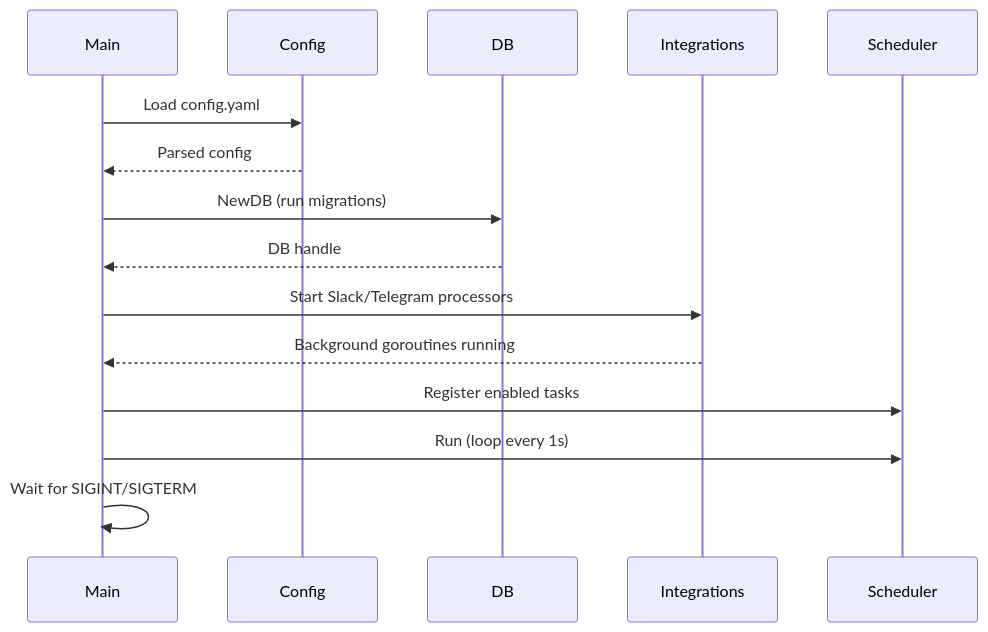
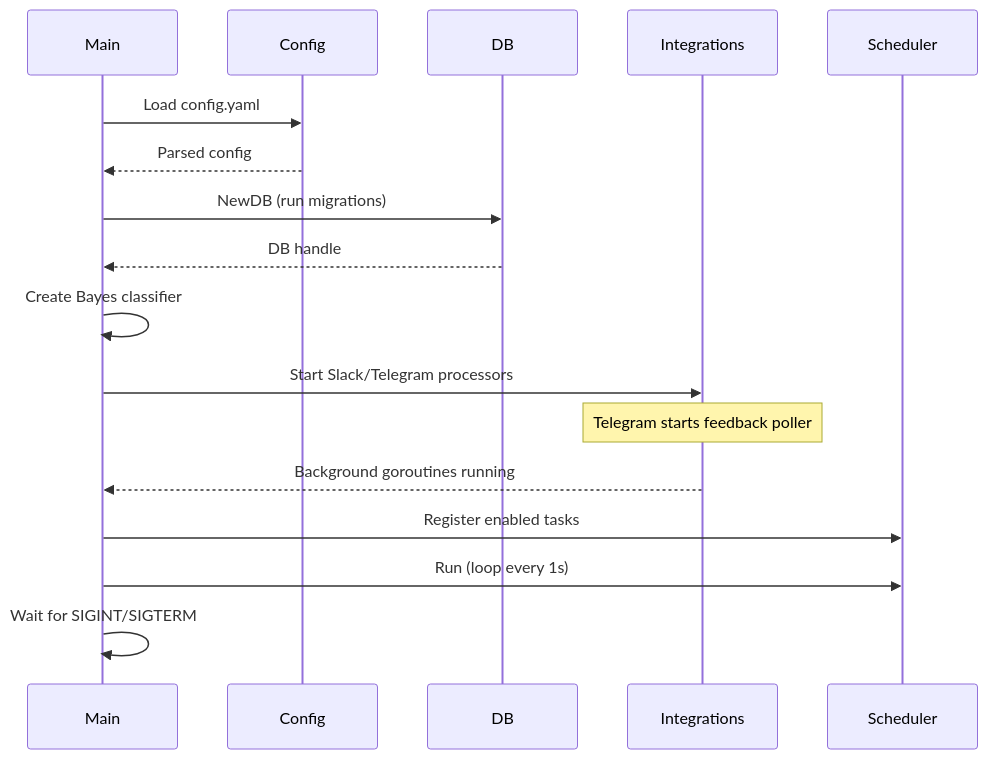
Before and after one commit to antfie/FoxBot: the second of 7 diagrams in docs/architecture.md, drawn with Mermaid. The commit also changed other lines of this file and 15 other files, not shown here.

Commit message:
Add Bayes classifier for noise filtering

````diff
--- a/docs/architecture.md
+++ b/docs/architecture.md
@@ -28,18 +32,20 @@
 ```mermaid
 sequenceDiagram
     participant Main
     participant Config
     participant DB
     participant Integrations
     participant Scheduler
 
     Main->>Config: Load config.yaml
     Config-->>Main: Parsed config
     Main->>DB: NewDB (run migrations)
     DB-->>Main: DB handle
+    Main->>Main: Create Bayes classifier
     Main->>Integrations: Start Slack/Telegram processors
+    Note over Integrations: Telegram starts feedback poller
     Integrations-->>Main: Background goroutines running
     Main->>Scheduler: Register enabled tasks
     Main->>Scheduler: Run (loop every 1s)
     Main->>Main: Wait for SIGINT/SIGTERM
 ```
````
